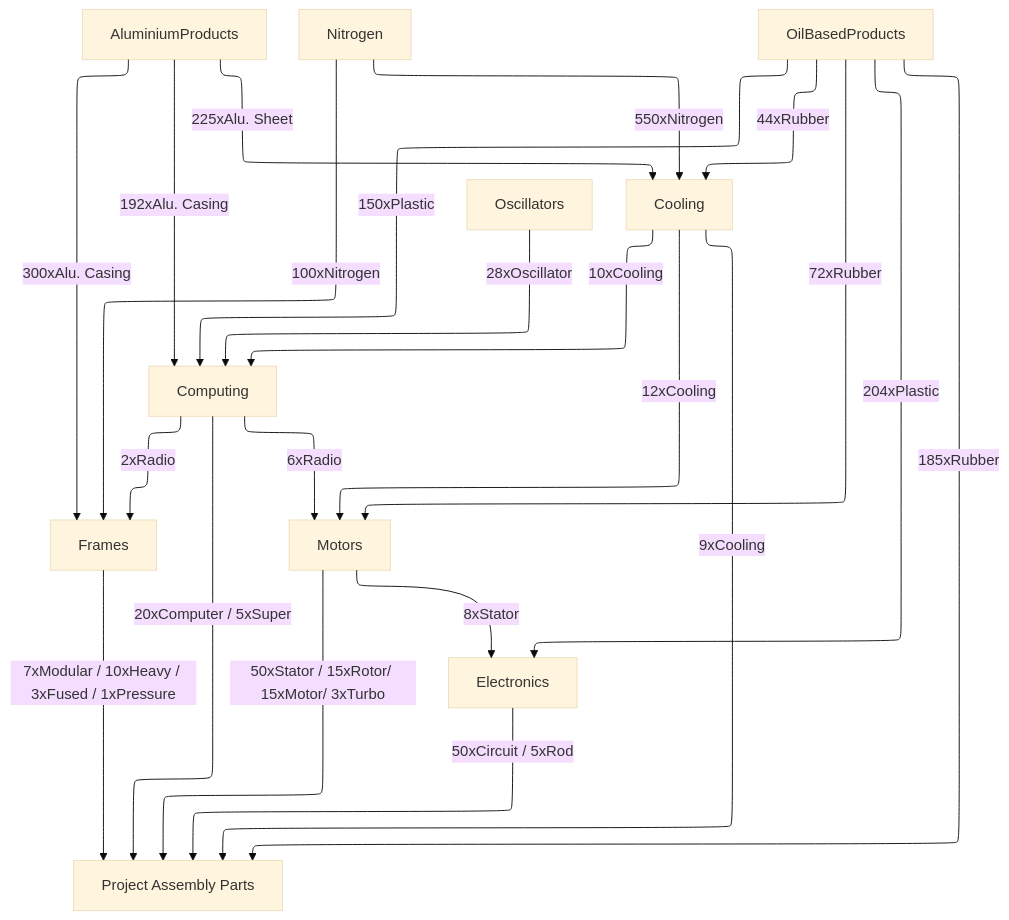
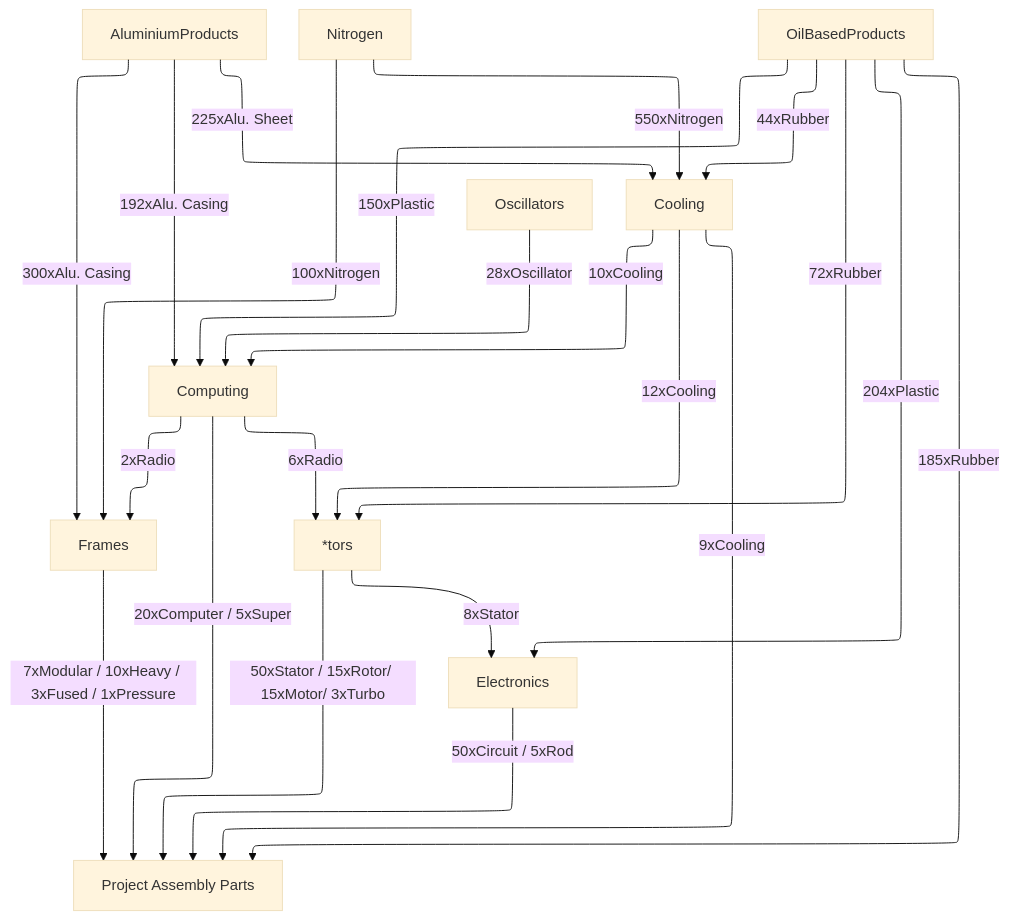
One commit to totobest/satis-master-plan changed the diagram in src/train_connections.mermaid. Above: the diagram before and after it, drawn with Mermaid (base theme). The commit also changed 2 other files, not shown here.

Commit message:
rename Motors to *tors + update

```diff
--- a/src/train_connections.mermaid
+++ b/src/train_connections.mermaid
@@ -1,45 +1,45 @@
 ---
 config:
   layout: elk
 ---
 
 flowchart TD
 
     AluminiumProducts
 
     Oscillators
 
     Nitrogen
 
     AluminiumProducts -- 300xAlu. Casing --> Frames
     Computing -- 2xRadio --> Frames
     Nitrogen -- 100xNitrogen --> Frames
     Frames
 
     OilBasedProducts -- 204xPlastic --> Electronics
     Motors -- 8xStator --> Electronics
     Electronics
 
     OilBasedProducts -- 72xRubber --> Motors
     Cooling -- 12xCooling --> Motors
     Computing -- 6xRadio --> Motors
-    Motors
+    Motors["*tors"]
 
     AluminiumProducts -- 225xAlu. Sheet --> Cooling
     OilBasedProducts -- 44xRubber --> Cooling
     Nitrogen -- 550xNitrogen --> Cooling
     Cooling
 
     OilBasedProducts -- 150xPlastic --> Computing
     Oscillators -- 28xOscillator --> Computing
     AluminiumProducts -- 192xAlu. Casing --> Computing
     Cooling -- 10xCooling--> Computing
     Computing
 
     OilBasedProducts -- 185xRubber --> ProjectAssembly
     Motors -- 50xStator / 15xRotor/ 15xMotor/ 3xTurbo --> ProjectAssembly
     Frames -- 7xModular / 10xHeavy / 3xFused / 1xPressure --> ProjectAssembly
     Electronics -- 50xCircuit / 5xRod --> ProjectAssembly
     Cooling -- 9xCooling--> ProjectAssembly
     Computing -- 20xComputer / 5xSuper --> ProjectAssembly
     ProjectAssembly["Project Assembly Parts"]
```
